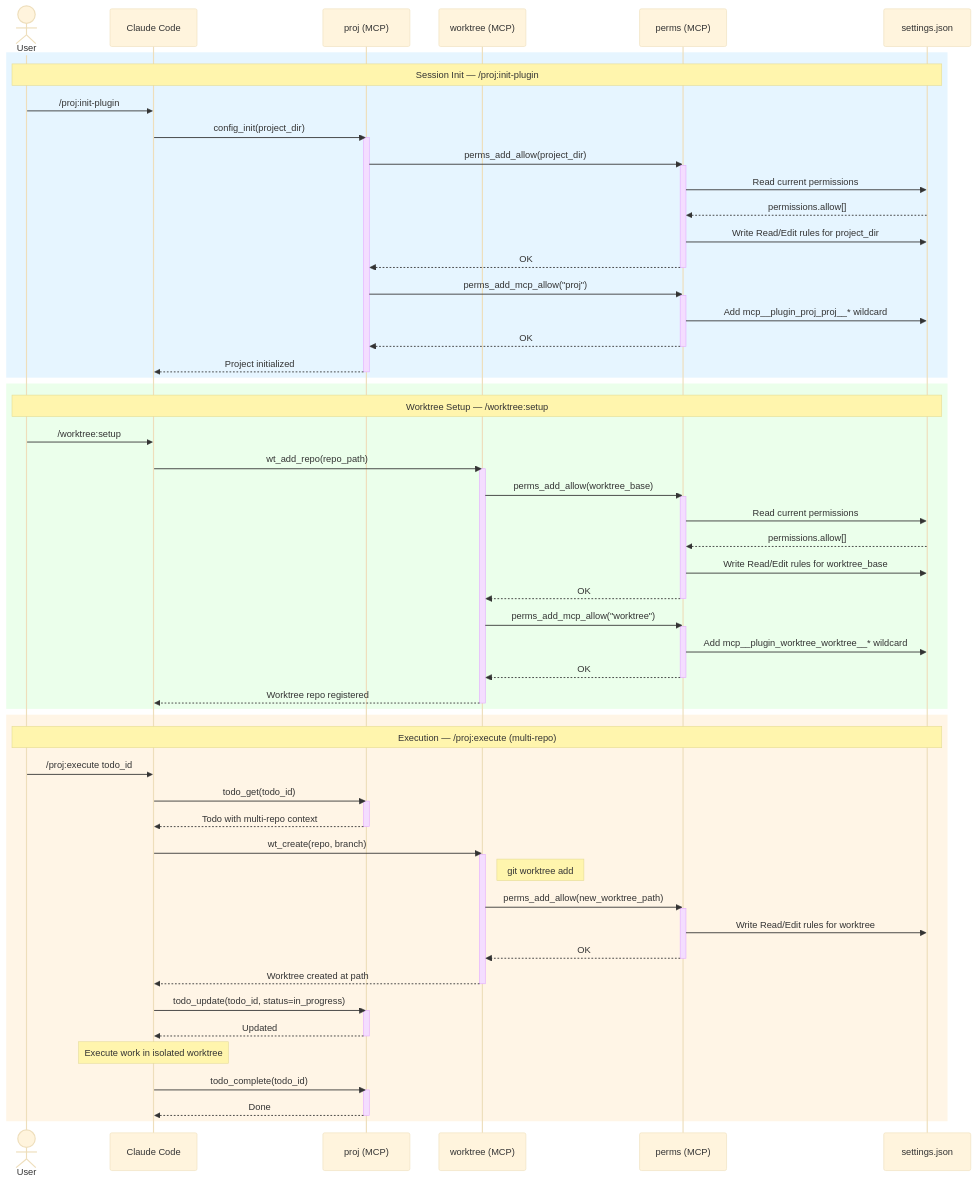
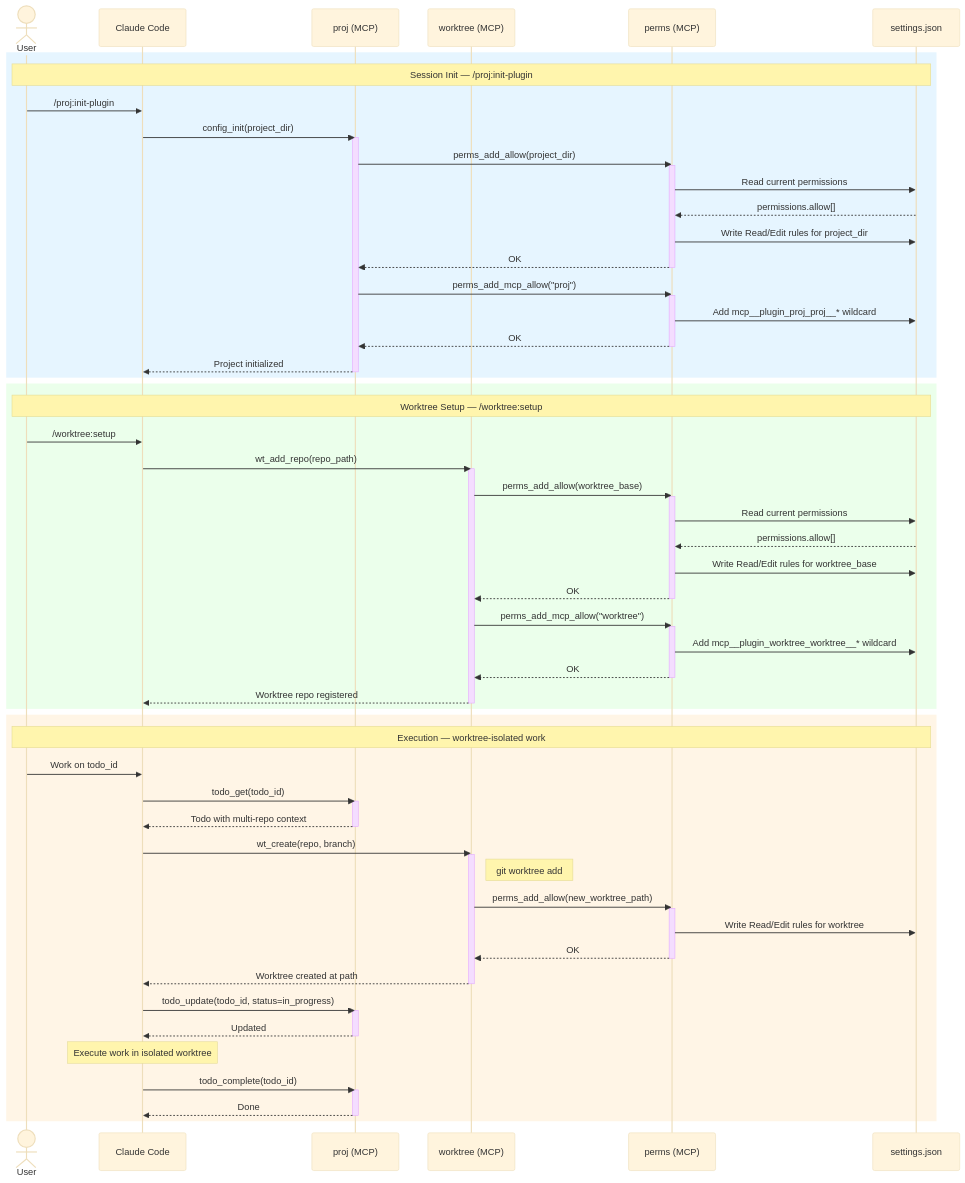
Before and after one commit to raulfrk/claude-project-manager: the sixth of 7 diagrams in docs/diagrams/mermaid.md, drawn with Mermaid (base theme). The commit also changed other lines of this file and 34 other files, not shown here.

````diff
--- a/docs/diagrams/mermaid.md
+++ b/docs/diagrams/mermaid.md
@@ -350,79 +182,79 @@
 ```mermaid
 sequenceDiagram
     actor User
     participant CC as Claude Code
     participant proj as proj (MCP)
     participant wt as worktree (MCP)
     participant perms as perms (MCP)
     participant settings as settings.json
 
     rect rgb(230, 245, 255)
         Note over User, settings: Session Init — /proj:init-plugin
         User->>CC: /proj:init-plugin
         CC->>proj: config_init(project_dir)
         activate proj
         proj->>perms: perms_add_allow(project_dir)
         activate perms
         perms->>settings: Read current permissions
         settings-->>perms: permissions.allow[]
         perms->>settings: Write Read/Edit rules for project_dir
         perms-->>proj: OK
         deactivate perms
         proj->>perms: perms_add_mcp_allow("proj")
         activate perms
         perms->>settings: Add mcp__plugin_proj_proj__* wildcard
         perms-->>proj: OK
         deactivate perms
         proj-->>CC: Project initialized
         deactivate proj
     end
 
     rect rgb(235, 255, 235)
         Note over User, settings: Worktree Setup — /worktree:setup
         User->>CC: /worktree:setup
         CC->>wt: wt_add_repo(repo_path)
         activate wt
         wt->>perms: perms_add_allow(worktree_base)
         activate perms
         perms->>settings: Read current permissions
         settings-->>perms: permissions.allow[]
         perms->>settings: Write Read/Edit rules for worktree_base
         perms-->>wt: OK
         deactivate perms
         wt->>perms: perms_add_mcp_allow("worktree")
         activate perms
         perms->>settings: Add mcp__plugin_worktree_worktree__* wildcard
         perms-->>wt: OK
         deactivate perms
         wt-->>CC: Worktree repo registered
         deactivate wt
     end
 
     rect rgb(255, 245, 230)
-        Note over User, settings: Execution — /proj:execute (multi-repo)
-        User->>CC: /proj:execute todo_id
+        Note over User, settings: Execution — worktree-isolated work
+        User->>CC: Work on todo_id
         CC->>proj: todo_get(todo_id)
         activate proj
         proj-->>CC: Todo with multi-repo context
         deactivate proj
         CC->>wt: wt_create(repo, branch)
         activate wt
         Note right of wt: git worktree add
         wt->>perms: perms_add_allow(new_worktree_path)
         activate perms
         perms->>settings: Write Read/Edit rules for worktree
         perms-->>wt: OK
         deactivate perms
         wt-->>CC: Worktree created at path
         deactivate wt
         CC->>proj: todo_update(todo_id, status=in_progress)
         activate proj
         proj-->>CC: Updated
         deactivate proj
         Note over CC: Execute work in isolated worktree
         CC->>proj: todo_complete(todo_id)
         activate proj
         proj-->>CC: Done
         deactivate proj
     end
 ```
````
